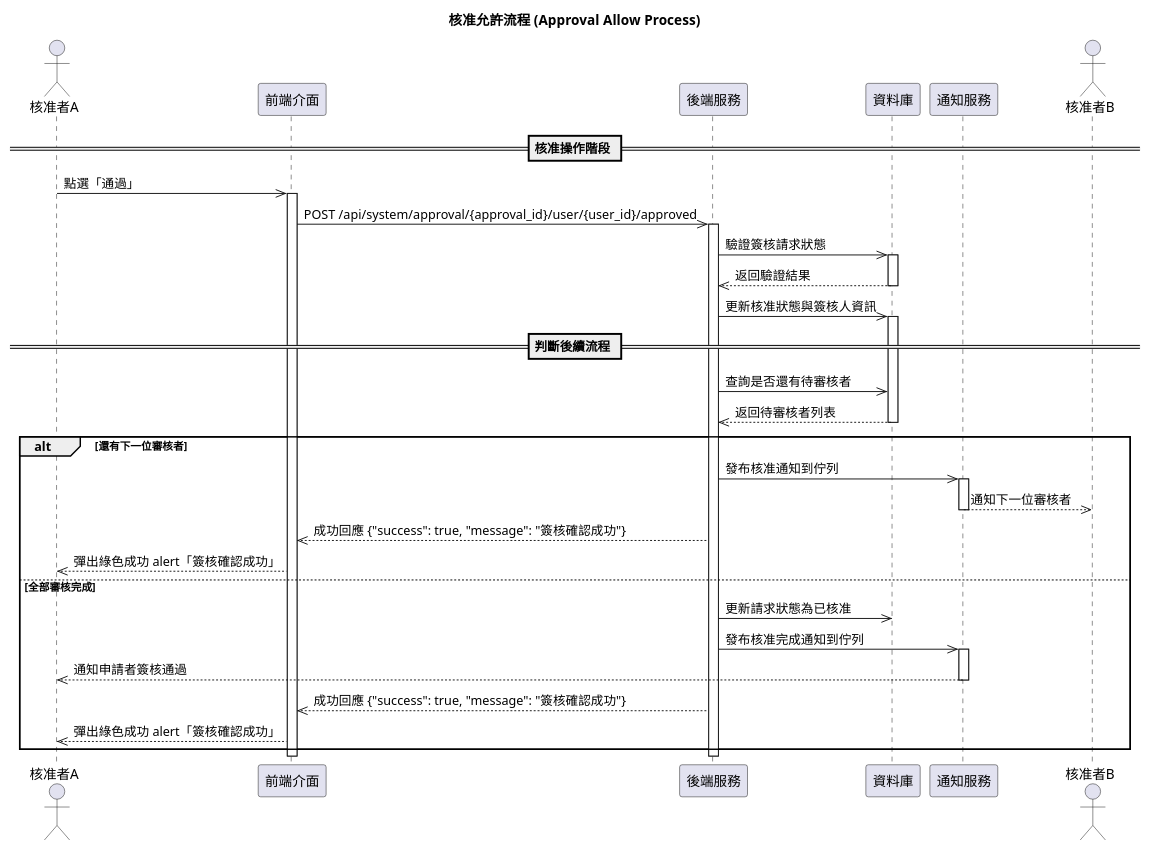
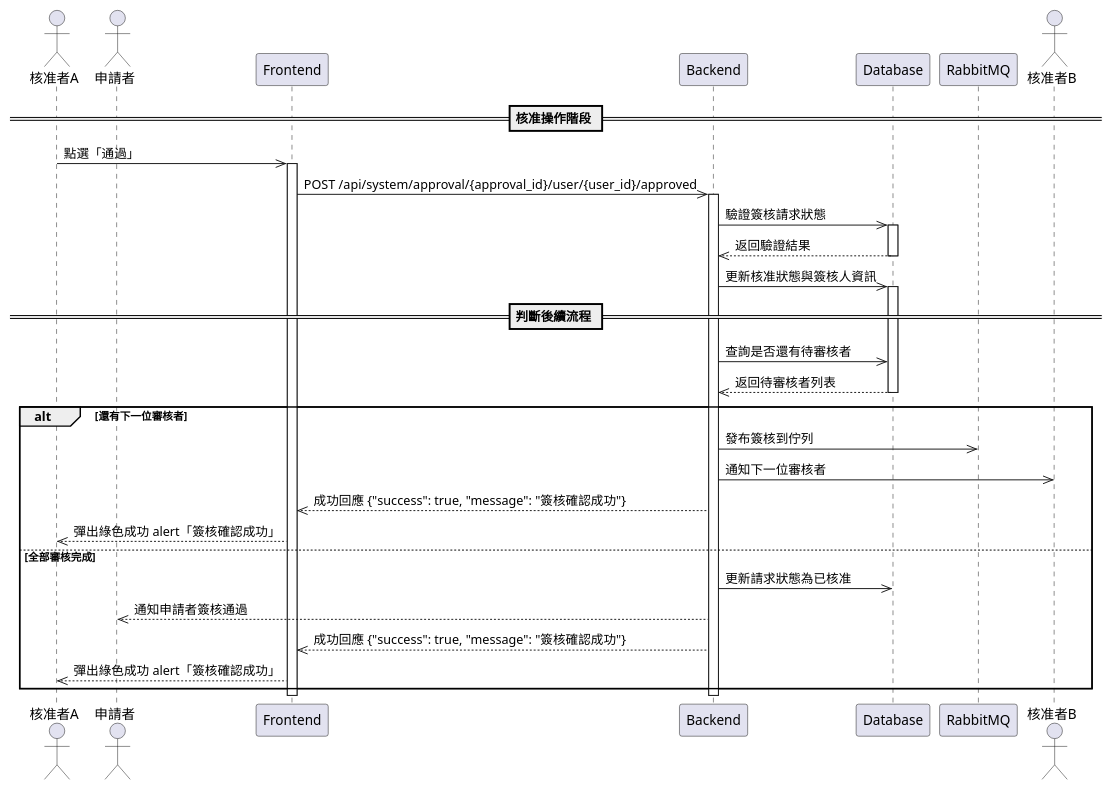
One commit to walle45611/NTUB_SecuManag_Diagram changed the diagram in plantUML/sequence/approval_allow.puml. Above: the diagram before and after it, drawn with PlantUML. The commit also changed 12 other files, not shown here.

Commit message:
feat: 新增資產一覽表查詢流程圖，整合前端與後端資料流 feat: 新增物件 CRUD 流程圖，描述資料的新增、修改與刪除 feat: 新增風險力導圖流程圖，顯示風險評估與等級判斷 feat: 新增工作派工逾時處理流程圖，描述逾時通知與異常處理

```diff
--- a/plantUML/sequence/approval_allow.puml
+++ b/plantUML/sequence/approval_allow.puml
@@ -1,57 +1,48 @@
 @startuml
 
-title 核准允許流程 (Approval Allow Process)
-
 actor ReviewerA as "核准者A"
-participant Frontend as "前端介面"
-participant Backend as "後端服務"
-participant Database as "資料庫"
-participant NotificationService as "通知服務"
+actor Requester as "申請者"
+participant Frontend
+participant Backend
+participant Database
+participant RabbitMQ
 actor ReviewerB as "核准者B"
 
 == 核准操作階段 ==
 ReviewerA ->> Frontend: 點選「通過」
 activate Frontend
 
 Frontend ->> Backend: POST /api/system/approval/{approval_id}/user/{user_id}/approved
 activate Backend
 
 Backend ->> Database: 驗證簽核請求狀態
 activate Database
 Database -->> Backend: 返回驗證結果
 deactivate Database
 
 Backend ->> Database: 更新核准狀態與簽核人資訊
 activate Database
 
 == 判斷後續流程 ==
 Backend ->> Database: 查詢是否還有待審核者
 Database -->> Backend: 返回待審核者列表
 
 alt 還有下一位審核者
     deactivate Database
-    Backend ->> NotificationService: 發布核准通知到佇列
-    activate NotificationService
-    NotificationService -->> ReviewerB: 通知下一位審核者
-    deactivate NotificationService
-
+    Backend ->> RabbitMQ: 發布簽核到佇列
+    Backend ->> ReviewerB: 通知下一位審核者
     Backend -->> Frontend: 成功回應 {"success": true, "message": "簽核確認成功"}
     Frontend -->> ReviewerA: 彈出綠色成功 alert「簽核確認成功」
 
 else 全部審核完成
     Backend ->> Database: 更新請求狀態為已核准
     deactivate Database
-
-    Backend ->> NotificationService: 發布核准完成通知到佇列
-    activate NotificationService
-    NotificationService -->> ReviewerA: 通知申請者簽核通過
-    deactivate NotificationService
-
+    Backend -->> Requester: 通知申請者簽核通過
     Backend -->> Frontend: 成功回應 {"success": true, "message": "簽核確認成功"}
     Frontend -->> ReviewerA: 彈出綠色成功 alert「簽核確認成功」
 end
 
 deactivate Backend
 deactivate Frontend
 
 @enduml
```
